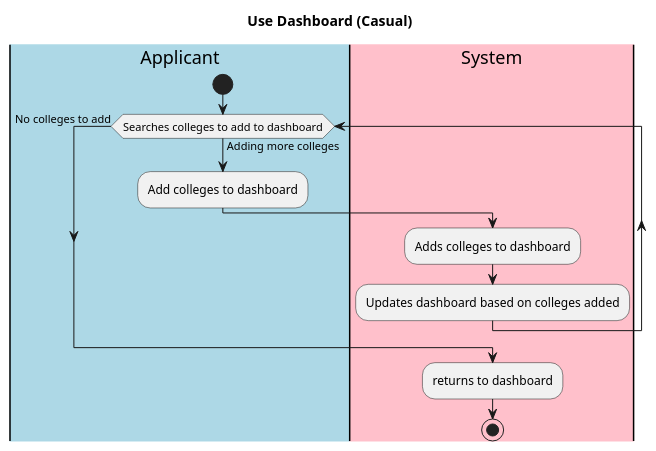
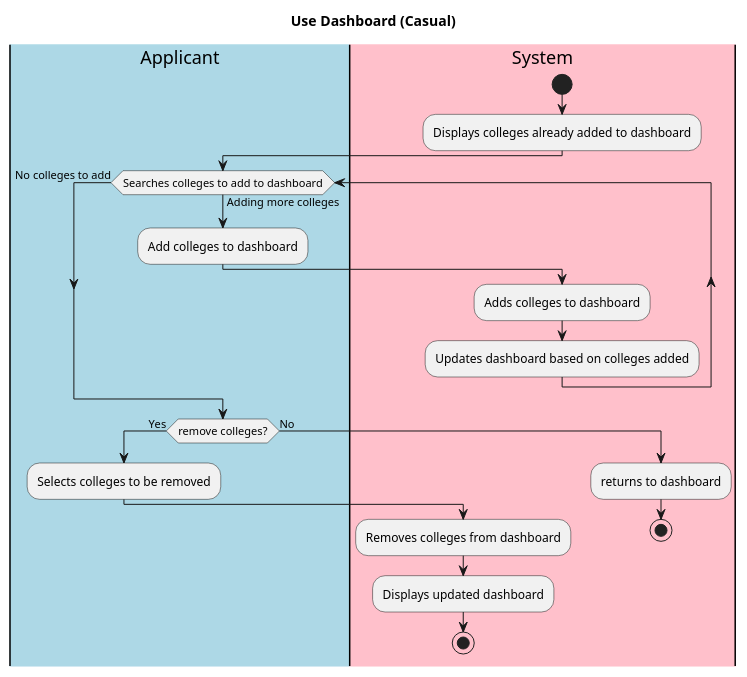
Before and after one commit to jlederer33/Essay-Review-App: the diagram in intellij/doc/use-cases/usedashboard.md, drawn with PlantUML. The commit also changed other lines of this file and 2 other files, not shown here.

Commit message:
Adding more feedback to usecases

````diff
--- a/intellij/doc/use-cases/usedashboard.md
+++ b/intellij/doc/use-cases/usedashboard.md
@@ -15,22 +15,32 @@
 ```plantuml
 title Use Dashboard (Casual)
 
 
 |#lightblue|Applicant|
 |#pink|System|
 
+|System|
+start
+:Displays colleges already added to dashboard;
 |Applicant|
-start
 while(Searches colleges to add to dashboard) is (Adding more colleges)
 :Add colleges to dashboard;
 |System|
 :Adds colleges to dashboard;
 :Updates dashboard based on colleges added;
 endwhile (No colleges to add)
+|Applicant|
+if (remove colleges?) then (Yes)
+:Selects colleges to be removed;
+|System|
+:Removes colleges from dashboard;
+:Displays updated dashboard;
+stop
+else (No)
 |System|
 :returns to dashboard;
 stop
 
 
 
 ```
````
